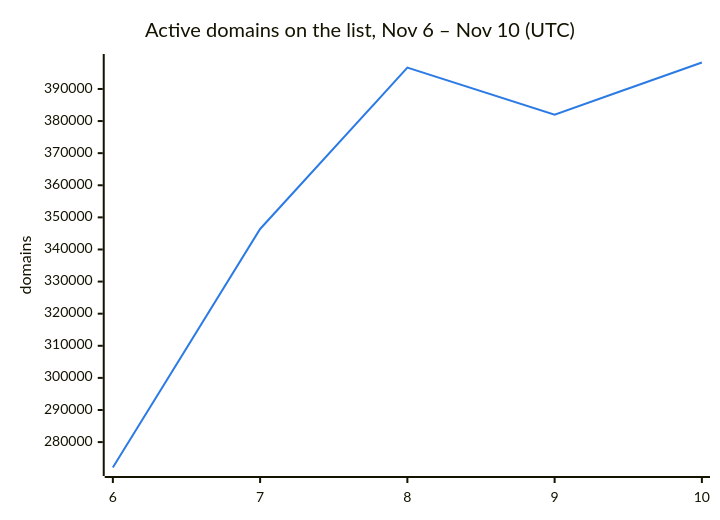
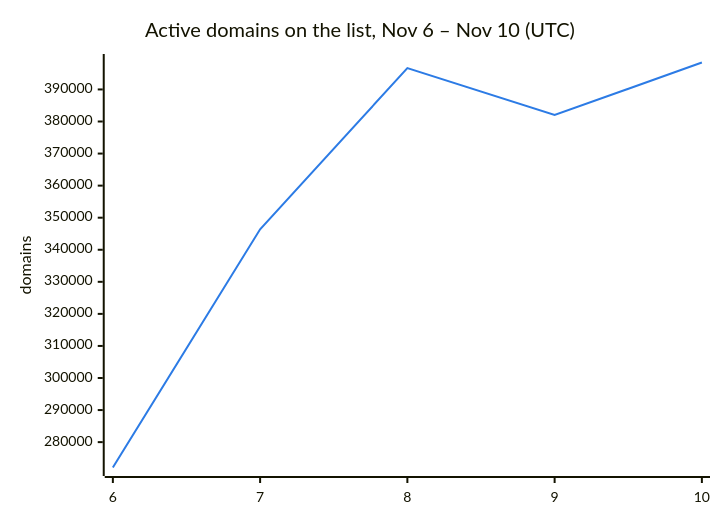
The second of 3 diagrams in README.md (DNSBunker/CTI), drawn with Mermaid before and after one commit. The commit also changed other lines of this file and 3 other files, not shown here.

````diff
--- a/README.md
+++ b/README.md
@@ -38,8 +38,8 @@
 ```mermaid
 %%{init: {"themeVariables": {"xyChart": {"plotColorPalette": "#2c7be5"}}}}%%
 xychart-beta
     title "Active domains on the list, Nov 6 – Nov 10 (UTC)"
     x-axis ["6", "7", "8", "9", "10"]
     y-axis "domains"
-    line [272088, 346388, 396638, 382009, 398243]
+    line [272088, 346388, 396638, 382009, 398402]
 ```
````
